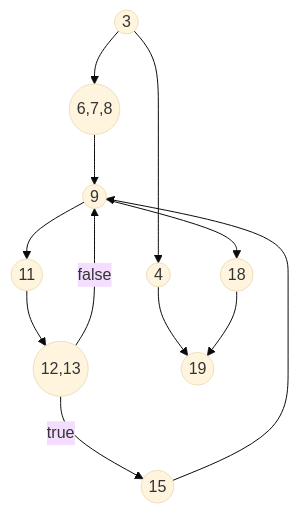
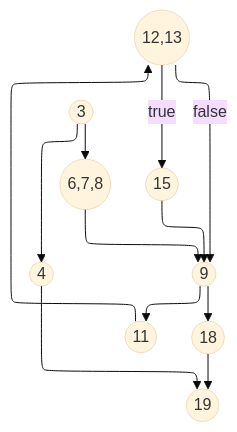
One commit to patrikvalentiny/SoftwareQualityF2025 changed the second of 2 diagrams in Presentation3.md. Above: the diagram before and after it, drawn with Mermaid (base theme). The commit also changed other lines of this file, not shown here.

Commit message:
Refactor flowcharts in Presentation3.md to improve clarity and layout

````diff
--- a/Presentation3.md
+++ b/Presentation3.md
@@ -111,14 +114,16 @@
 ```mermaid
-graph TD
-    3((3)) --> 4((4))
-    4((4)) --> 19((19))
-    3((3)) --> 6((6,7,8))
-    6((6,7,8)) --> 9((9))
-    9((9)) --> 11((11))
-    11((11)) --> 12((12,13))
-    12((12,13)) -- true --> 15((15))
-    12((12,13)) -- false --> 9((9))
-    15((15)) --> 9((9))
-    9((9)) --> 18((18))
-    18((18)) --> 19((19))
+---
+config:
+  layout: elk
+---
+flowchart TB
+    3(("3")) --> 4(("4")) & 6(("6,7,8"))
+    4 --> 19(("19"))
+    6 --> 9(("9"))
+    9 --> 11(("11")) & 18(("18"))
+    11 --> 12(("12,13"))
+    12 -- true --> 15(("15"))
+    12 -- false --> 9
+    15 --> 9
+    18 --> 19
 ```
````
